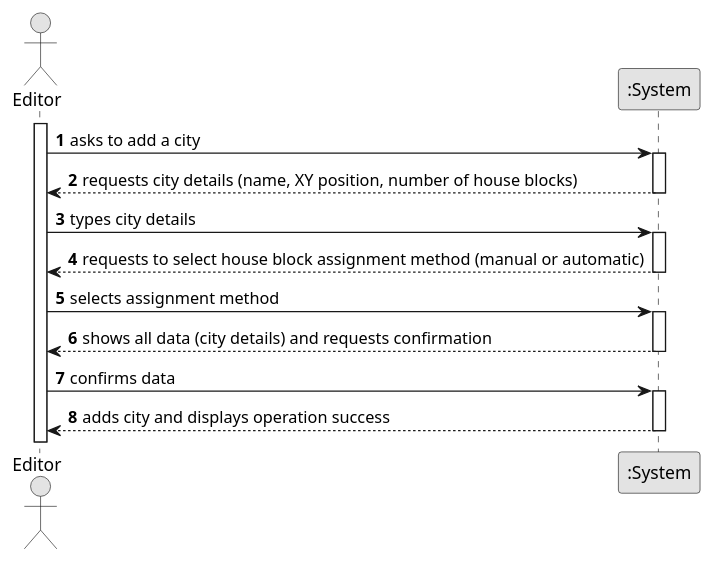
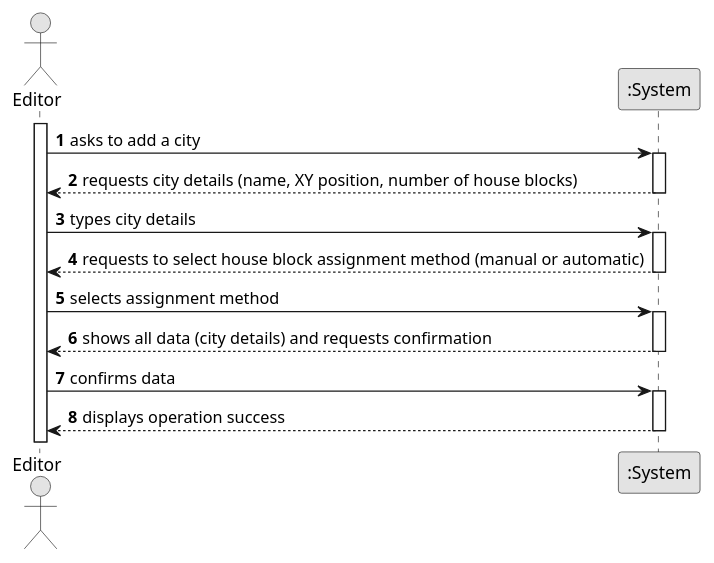
Before and after one commit to 1240826/empire-on-tracks: the diagram in docs/system-documentation/US003/01.requirements-engineering/puml/US003-SSD.puml, drawn with PlantUML. The commit also changed 4 other files, not shown here.

```diff
--- a/docs/system-documentation/US003/01.requirements-engineering/puml/US003-SSD.puml
+++ b/docs/system-documentation/US003/01.requirements-engineering/puml/US003-SSD.puml
@@ -1,43 +1,43 @@
 @startuml
 skinparam monochrome true
 skinparam packageStyle rectangle
 skinparam shadowing false
 
 autonumber
 
 actor "Editor" as Editor
 participant ":System" as System
 
 activate Editor
 
     Editor -> System : asks to add a city
     activate System
 
         System --> Editor : requests city details (name, XY position, number of house blocks)
     deactivate System
 
     Editor -> System : types city details
     activate System
 
      System --> Editor : requests to select house block assignment method (manual or automatic)
         deactivate System
 
         Editor -> System : selects assignment method
         activate System
 
         System --> Editor : shows all data (city details) and requests confirmation
             deactivate System
 
         Editor -> System : confirms data
         activate System
 
-        System --> Editor : adds city and displays operation success
+        System --> Editor : displays operation success
         deactivate System
 
 
 
 
 
 
 
 @enduml
```
